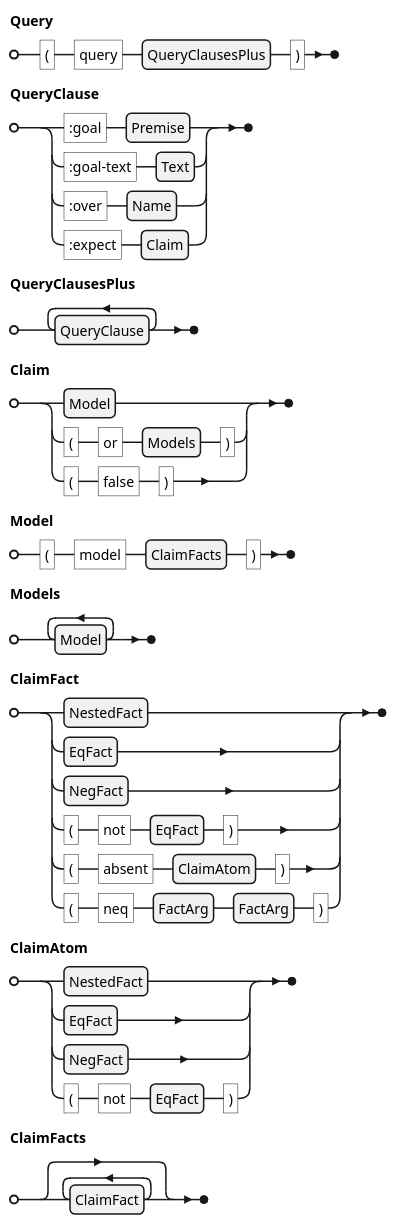
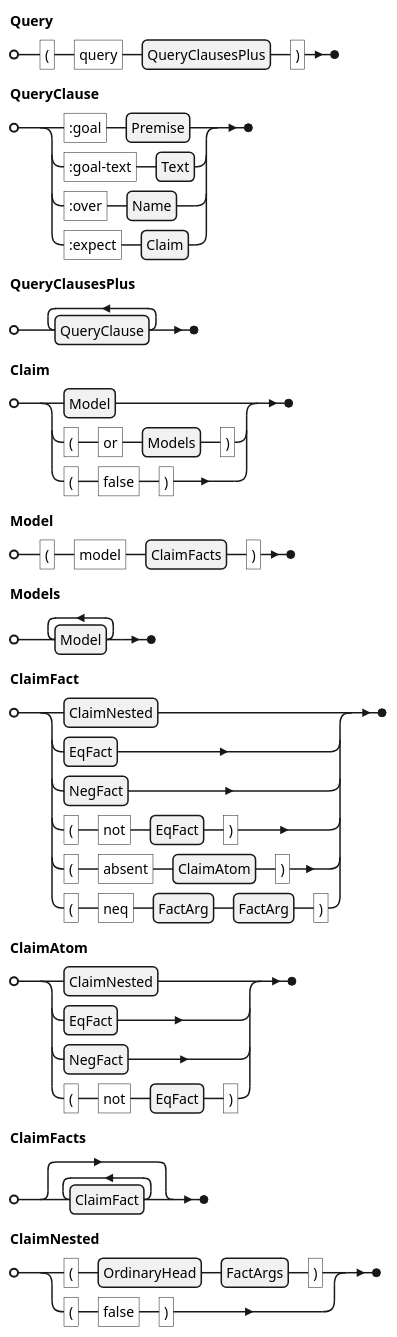
Before and after one commit to agutikov/ein: the diagram in docs/ein/user/04-reference/diagrams/01-grammar-phrase-query.puml, drawn with PlantUML. The commit also changed 41 other files, not shown here.

```diff
--- a/docs/ein/user/04-reference/diagrams/01-grammar-phrase-query.puml
+++ b/docs/ein/user/04-reference/diagrams/01-grammar-phrase-query.puml
@@ -1,17 +1,18 @@
 @startebnf
 Query = "(" , "query" , QueryClausesPlus , ")" ;
 QueryClause = ":goal" , Premise | ":goal-text" , Text | ":over" , Name | ":expect" , Claim ;
 QueryClausesPlus = { QueryClause }- ;
 Claim = Model | "(" , "or" , Models , ")" | "(" , "false" , ")" ;
 Model = "(" , "model" , ClaimFacts , ")" ;
 Models = { Model }- ;
 ClaimFact =
-    NestedFact
+    ClaimNested
   | EqFact
   | NegFact
   | "(" , "not" , EqFact , ")"
   | "(" , "absent" , ClaimAtom , ")"
   | "(" , "neq" , FactArg , FactArg , ")" ;
-ClaimAtom = NestedFact | EqFact | NegFact | "(" , "not" , EqFact , ")" ;
+ClaimAtom = ClaimNested | EqFact | NegFact | "(" , "not" , EqFact , ")" ;
 ClaimFacts = { ClaimFact } ;
+ClaimNested = "(" , OrdinaryHead , FactArgs , ")" | "(" , "false" , ")" ;
 @endebnf
```
